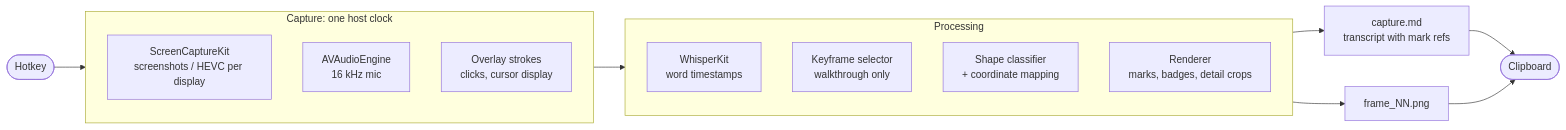
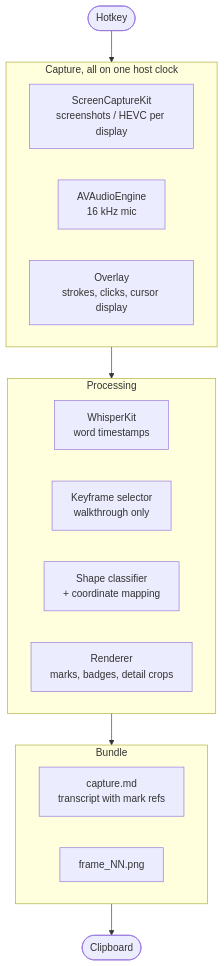
The diagram in README.md (a-bashtannik/voice-annotate), drawn with Mermaid before and after one commit.

Commit message:
Lay out the README pipeline diagram top-down

````diff
--- a/README.md
+++ b/README.md
@@ -54,20 +54,25 @@
 ```mermaid
-flowchart LR
+flowchart TB
     hk([Hotkey]) --> cap
-    subgraph cap [Capture: one host clock]
-        direction TB
+    subgraph cap [Capture, all on one host clock]
+        direction LR
         scr[ScreenCaptureKit<br/>screenshots / HEVC per display]
         mic[AVAudioEngine<br/>16 kHz mic]
-        ovl[Overlay strokes<br/>clicks, cursor display]
+        ovl[Overlay<br/>strokes, clicks, cursor display]
     end
     cap --> proc
     subgraph proc [Processing]
-        direction TB
+        direction LR
         asr[WhisperKit<br/>word timestamps]
         kf[Keyframe selector<br/>walkthrough only]
         shp[Shape classifier<br/>+ coordinate mapping]
         ren[Renderer<br/>marks, badges, detail crops]
     end
-    proc --> md[capture.md<br/>transcript with mark refs] --> clip([Clipboard])
-    ren --> png[frame_NN.png] --> clip
+    proc --> out
+    subgraph out [Bundle]
+        direction LR
+        md[capture.md<br/>transcript with mark refs]
+        png[frame_NN.png]
+    end
+    out --> clip([Clipboard])
 ```
````
